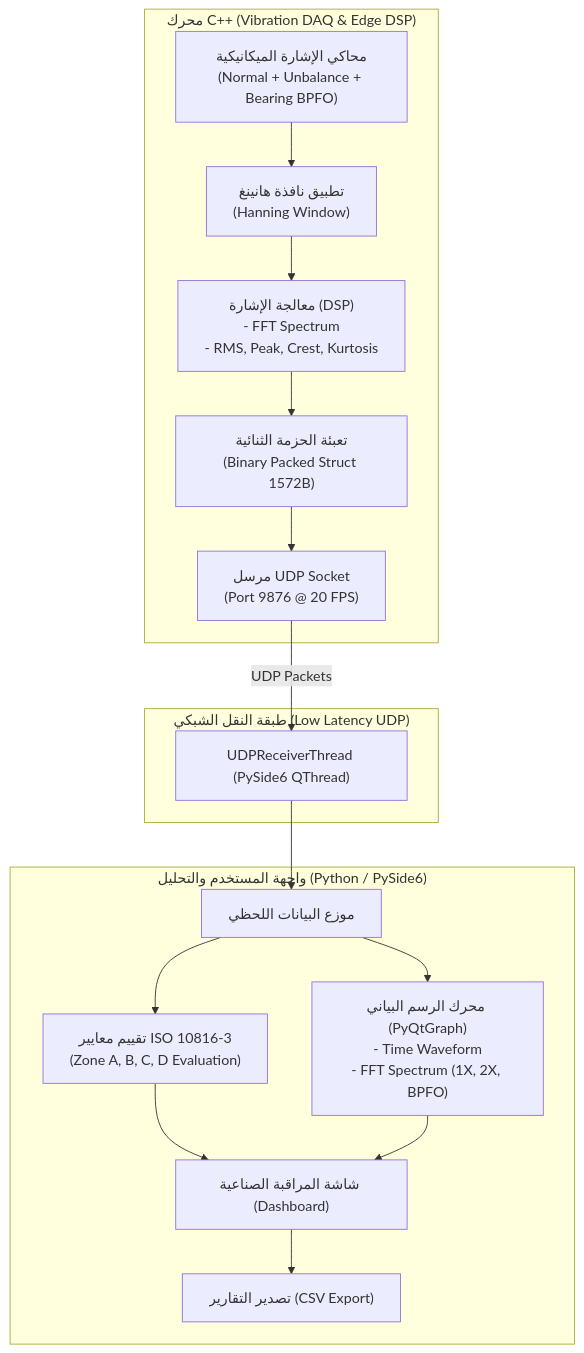
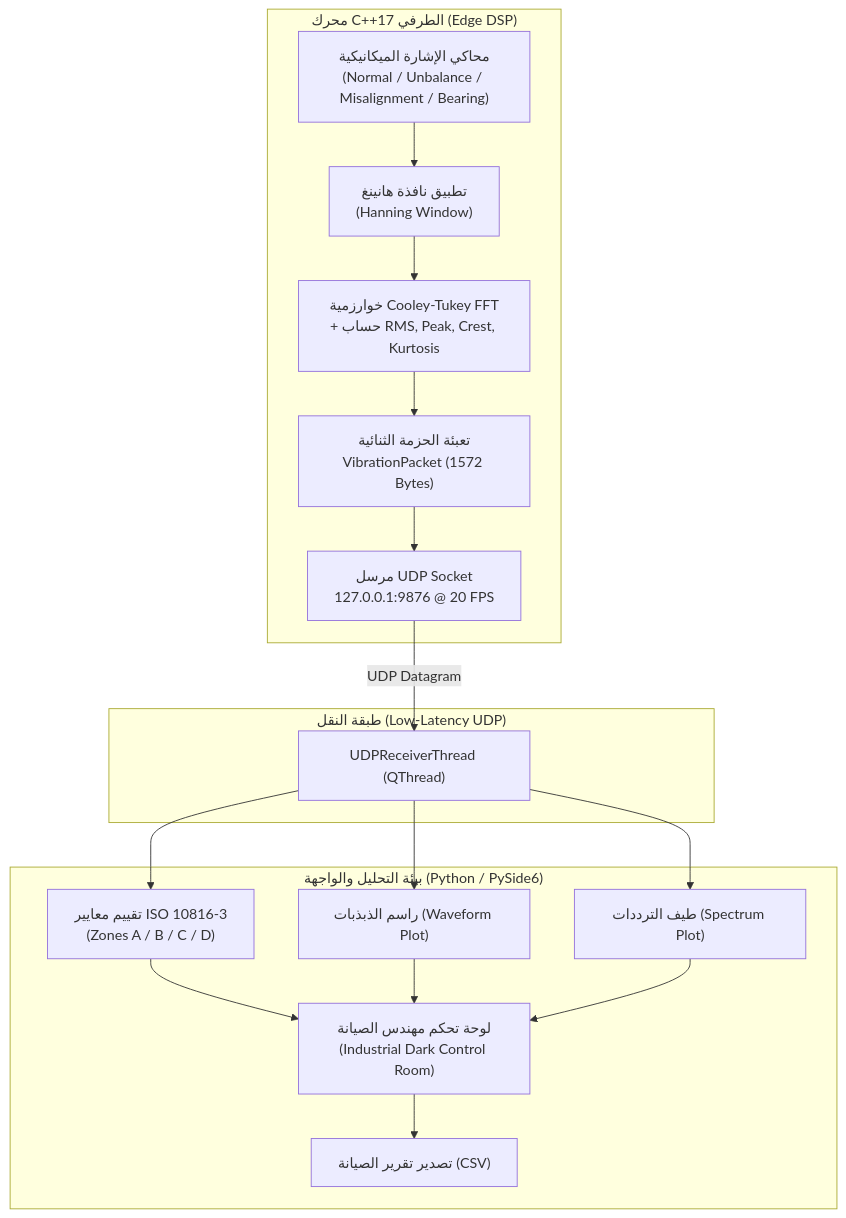
One commit to AOUEDidris/MechPulse changed the diagram in README.md. Above: the diagram before and after it, drawn with Mermaid. The commit also changed other lines of this file and 52 other files, not shown here.

Commit message:
feat: complete professional rebuild as MechPulse with C++ edge DSP, PySide6 UI, tests and CI

````diff
--- a/README.md
+++ b/README.md
@@ -37,22 +66,23 @@
 ```mermaid
 flowchart TD
-    subgraph Edge_Engine ["محرك C++ (Vibration DAQ & Edge DSP)"]
-        A["محاكي الإشارة الميكانيكية<br/>(Normal + Unbalance + Bearing BPFO)"] --> B["تطبيق نافذة هانينغ<br/>(Hanning Window)"]
-        B --> C["معالجة الإشارة (DSP)<br/>- FFT Spectrum<br/>- RMS, Peak, Crest, Kurtosis"]
-        C --> D["تعبئة الحزمة الثنائية<br/>(Binary Packed Struct 1572B)"]
-        D --> E["مرسل UDP Socket<br/>(Port 9876 @ 20 FPS)"]
+    subgraph Edge ["محرك C++17 الطرفي (Edge DSP)"]
+        S["محاكي الإشارة الميكانيكية<br/>(Normal / Unbalance / Misalignment / Bearing)"] --> W["تطبيق نافذة هانينغ<br/>(Hanning Window)"]
+        W --> F["خوارزمية Cooley-Tukey FFT<br/>+ حساب RMS, Peak, Crest, Kurtosis"]
+        F --> P["تعبئة الحزمة الثنائية<br/>VibrationPacket (1572 Bytes)"]
+        P --> U["مرسل UDP Socket<br/>127.0.0.1:9876 @ 20 FPS"]
     end
 
-    subgraph Transport ["طبقة النقل الشبكي (Low Latency UDP)"]
-        E -->|UDP Packets| F["UDPReceiverThread (PySide6 QThread)"]
+    subgraph Network ["طبقة النقل (Low-Latency UDP)"]
+        U -->|UDP Datagram| R["UDPReceiverThread (QThread)"]
     end
 
-    subgraph Analytics_UI ["واجهة المستخدم والتحليل (Python / PySide6)"]
-        F --> G["موزع البيانات اللحظي"]
-        G --> H["تقييم معايير ISO 10816-3<br/>(Zone A, B, C, D Evaluation)"]
-        G --> I["محرك الرسم البياني (PyQtGraph)<br/>- Time Waveform<br/>- FFT Spectrum (1X, 2X, BPFO)"]
-        H --> J["شاشة المراقبة الصناعية (Dashboard)"]
-        I --> J
-        J --> K["تصدير التقارير (CSV Export)"]
+    subgraph Dashboard ["بيئة التحليل والواجهة (Python / PySide6)"]
+        R --> E["تقييم معايير ISO 10816-3<br/>(Zones A / B / C / D)"]
+        R --> PL1["راسم الذبذبات (Waveform Plot)"]
+        R --> PL2["طيف الترددات (Spectrum Plot)"]
+        E --> UI["لوحة تحكم مهندس الصيانة<br/>(Industrial Dark Control Room)"]
+        PL1 --> UI
+        PL2 --> UI
+        UI --> EXP["تصدير تقرير الصيانة (CSV)"]
     end
 ```
````
